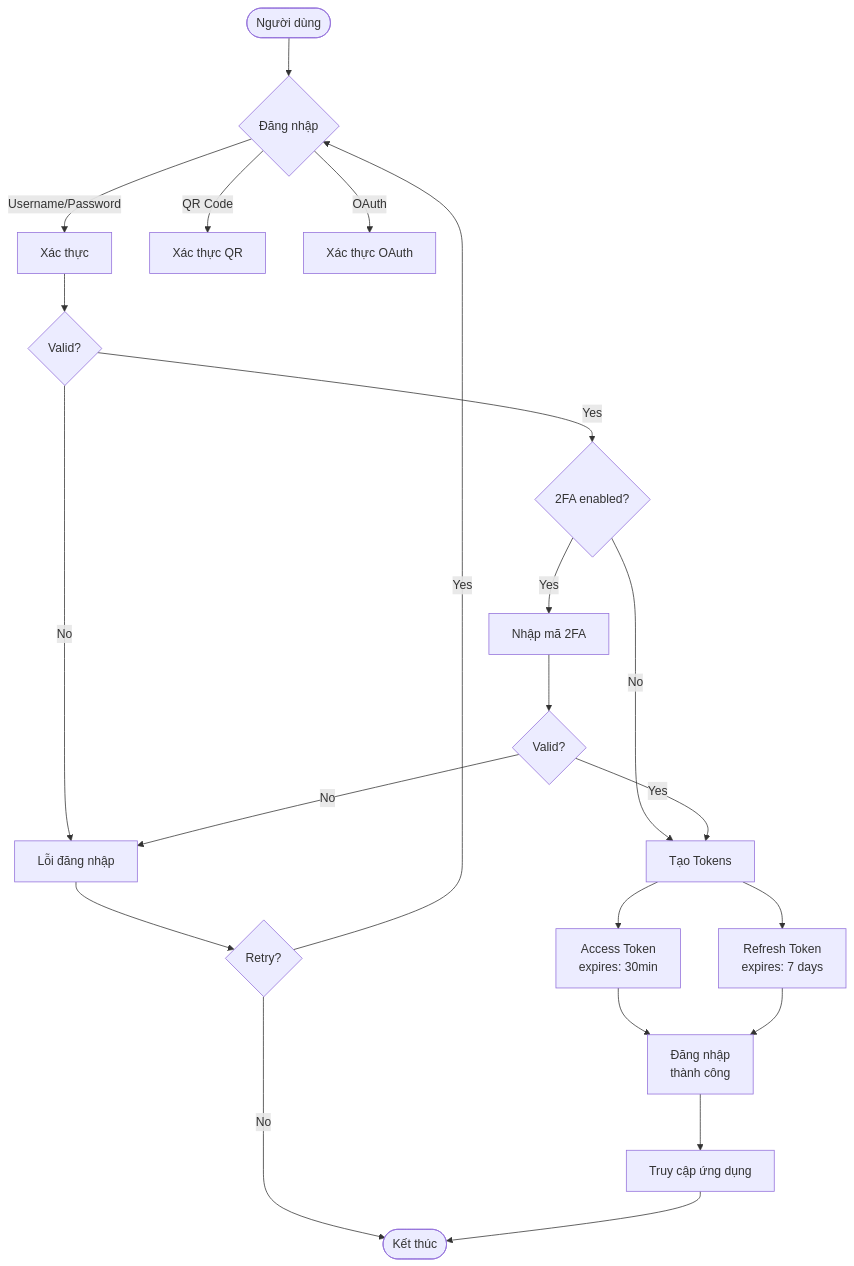
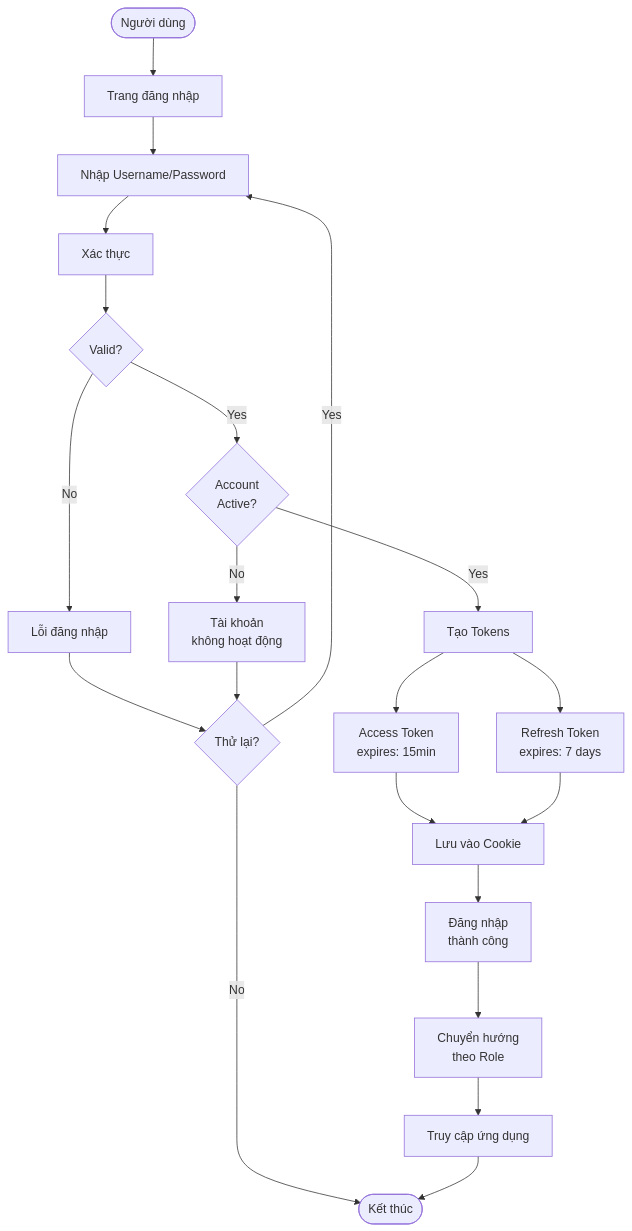
The first of 12 diagrams in docs/diagrams/AUTHENTICATION_MANAGEMENT_DIAGRAMS.md (huy1235588/restaurant-management), drawn with Mermaid before and after one commit. The commit also changed other lines of this file and 18 other files, not shown here.

````diff
--- a/docs/diagrams/AUTHENTICATION_MANAGEMENT_DIAGRAMS.md
+++ b/docs/diagrams/AUTHENTICATION_MANAGEMENT_DIAGRAMS.md
@@ -5,31 +5,32 @@
 ```mermaid
 flowchart TB
-    Start([Người dùng]) --> Login{Đăng nhập}
-    Login -->|Username/Password| Auth[Xác thực]
-    Login -->|QR Code| QRAuth[Xác thực QR]
-    Login -->|OAuth| OAuth[Xác thực OAuth]
+    Start([Người dùng]) --> Login[Trang đăng nhập]
+    Login --> Input[Nhập Username/Password]
     
+    Input --> Auth[Xác thực]
     Auth --> Validate{Valid?}
+    
     Validate -->|No| Error[Lỗi đăng nhập]
-    Validate -->|Yes| Check2FA{2FA enabled?}
+    Validate -->|Yes| CheckStatus{Account<br/>Active?}
     
-    Check2FA -->|No| CreateTokens[Tạo Tokens]
-    Check2FA -->|Yes| Verify2FA[Nhập mã 2FA]
-    Verify2FA --> Valid2FA{Valid?}
-    Valid2FA -->|No| Error
-    Valid2FA -->|Yes| CreateTokens
+    CheckStatus -->|No| ErrorInactive[Tài khoản<br/>không hoạt động]
+    CheckStatus -->|Yes| CreateTokens[Tạo Tokens]
     
-    CreateTokens --> AccessToken[Access Token<br/>expires: 30min]
+    CreateTokens --> AccessToken[Access Token<br/>expires: 15min]
     CreateTokens --> RefreshToken[Refresh Token<br/>expires: 7 days]
     
-    AccessToken --> Success[Đăng nhập<br/>thành công]
-    RefreshToken --> Success
+    AccessToken --> SetCookie[Lưu vào Cookie]
+    RefreshToken --> SetCookie
     
-    Success --> App[Truy cập ứng dụng]
+    SetCookie --> Success[Đăng nhập<br/>thành công]
+    Success --> Redirect[Chuyển hướng<br/>theo Role]
     
-    Error --> Retry{Retry?}
-    Retry -->|Yes| Login
+    Redirect --> App[Truy cập ứng dụng]
+    
+    Error --> Retry{Thử lại?}
+    ErrorInactive --> Retry
+    Retry -->|Yes| Input
     Retry -->|No| End([Kết thúc])
     
     App --> End
 ```
````
